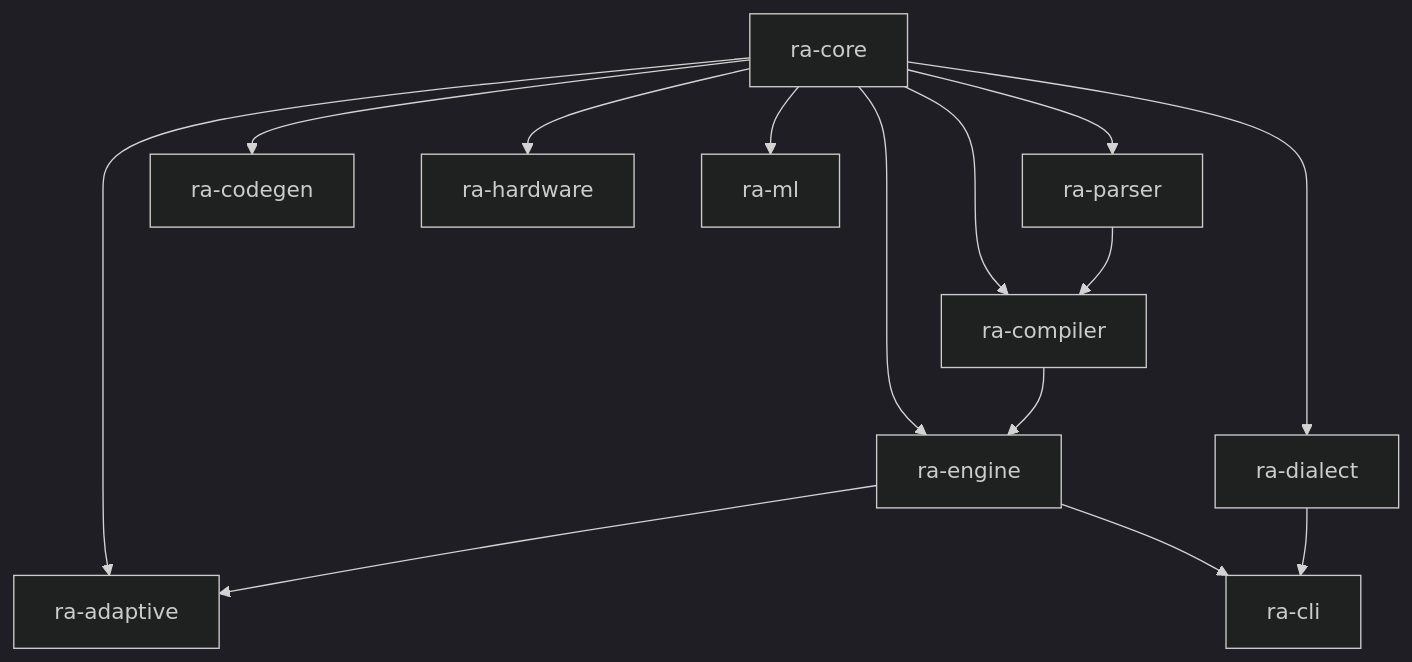
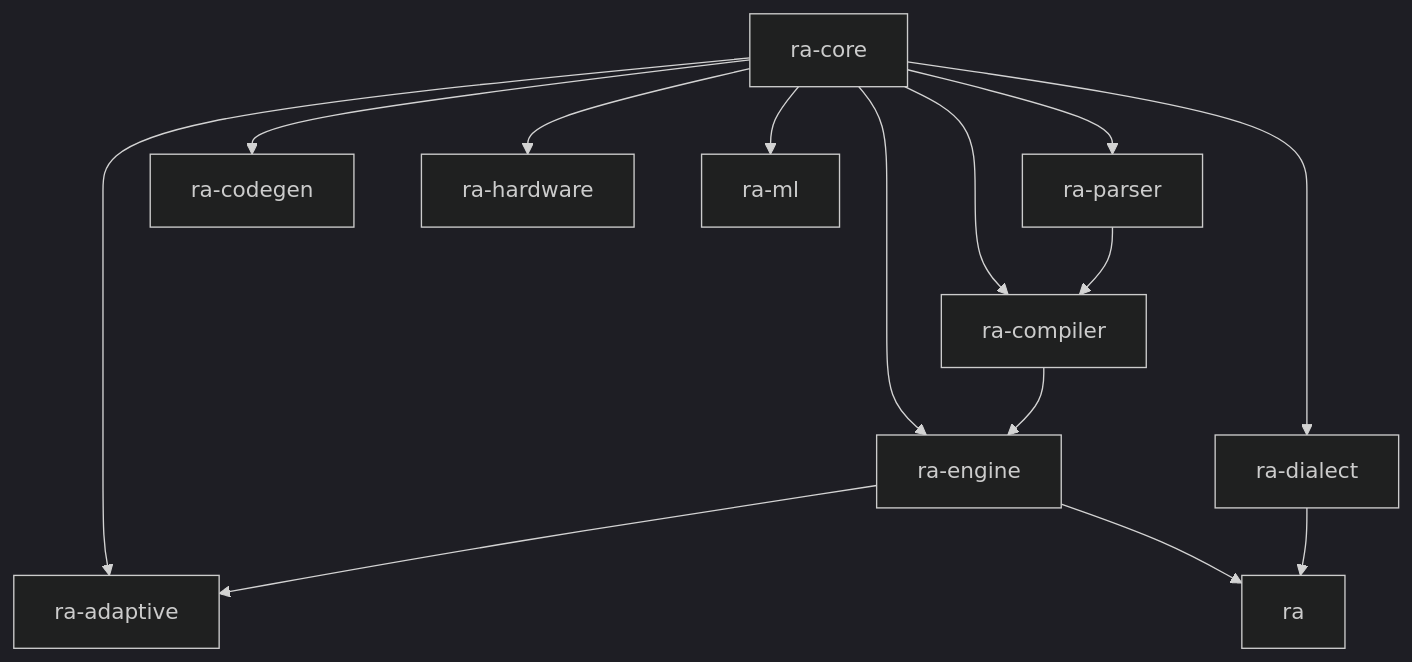
The second of 7 diagrams in docs/features/platform-architecture.md (gburd/ra), drawn with Mermaid (dark theme) before and after one commit. The commit also changed other lines of this file and 40 other files, not shown here.

````diff
--- a/docs/features/platform-architecture.md
+++ b/docs/features/platform-architecture.md
@@ -58,17 +58,17 @@
 ```mermaid
 graph TD
     Core[ra-core] --> Parser[ra-parser]
     Core --> Compiler[ra-compiler]
     Core --> Engine[ra-engine]
     Core --> Codegen[ra-codegen]
     Core --> Hardware[ra-hardware]
     Core --> ML[ra-ml]
     Core --> Adaptive[ra-adaptive]
     Core --> Dialect[ra-dialect]
     Parser --> Compiler
     Compiler --> Engine
     Engine --> Adaptive
 
-    Engine --> CLI[ra-cli]
+    Engine --> CLI[ra]
     Dialect --> CLI
 ```
````
